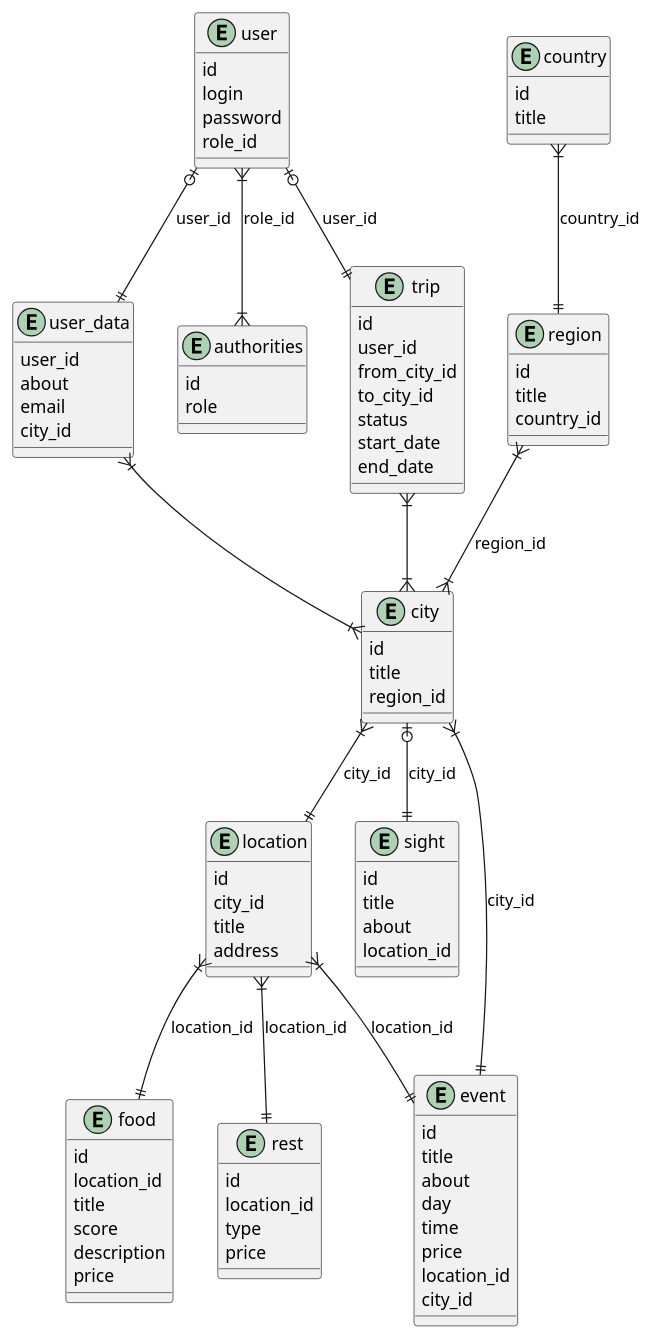
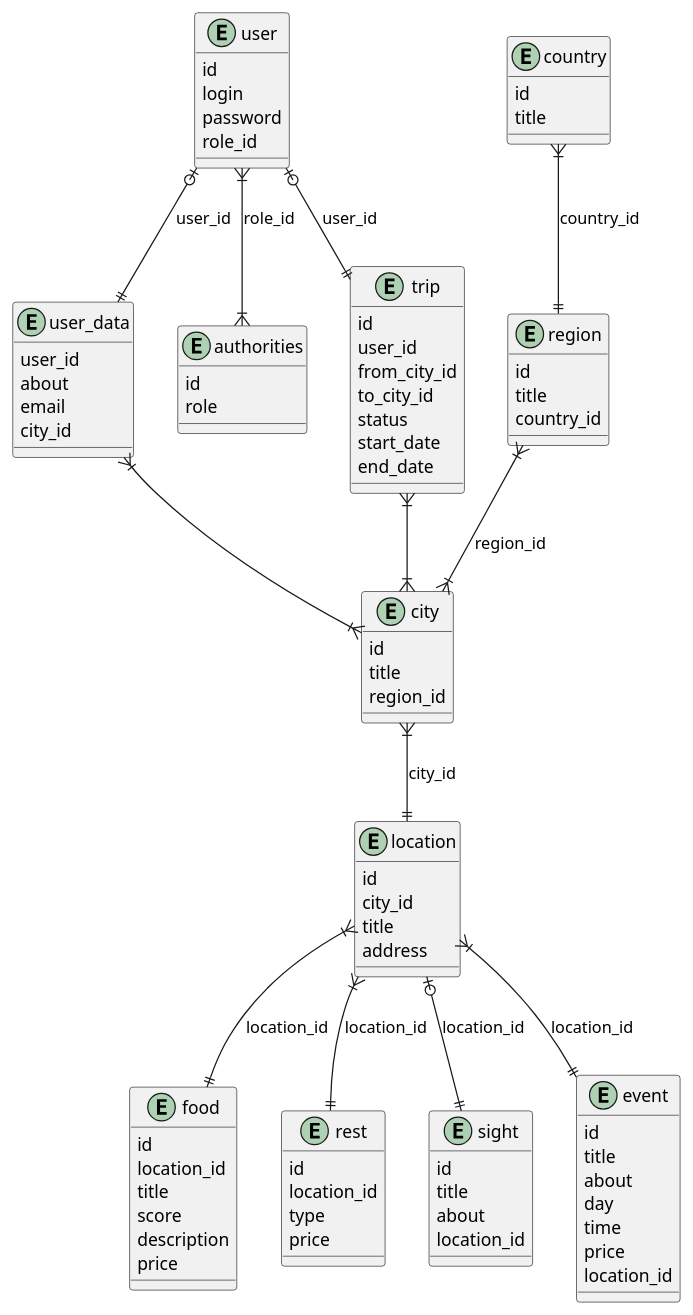
One commit to 00Olesya00/Trip_social-network changed the diagram in Database.puml. Above: the diagram before and after it, drawn with PlantUML. The commit also changed 28 other files, not shown here.

```diff
--- a/Database.puml
+++ b/Database.puml
@@ -1,105 +1,103 @@
 @startuml
 'https://plantuml.com/class-diagram
 
 entity user{
     id
     login
     password
     role_id
 }
 
 entity user_data{
     user_id
     about
     email
     city_id
 }
 
 entity authorities {
     id
     role
 }
 
 entity food {
     id
     location_id
     title
     score
     description
     price
 }
 
 entity country {
     id
     title
 }
 
 entity city {
     id
     title
     region_id
 }
 
 entity region {
     id
     title
     country_id
 }
 
 entity location {
     id
     city_id
     title
     address
 }
 
 entity rest {
     id
     location_id
     type
     price
 }
 
 entity sight {
     id
     title
     about
     location_id
 }
 
 entity event {
     id
     title
     about
     day
     time
     price
     location_id
-    city_id
 }
 
 entity trip {
     id
     user_id
     from_city_id
     to_city_id
     status
     start_date
     end_date
 }
 
 user |o--|| user_data : user_id
 user |o--|| trip : user_id
 country }|--|| region : country_id
 city }|--|| location : city_id
-city }|--|| event : city_id
 location }|--|| rest : location_id
 location }|--|| food : location_id
 location }|--|| event : location_id
-city |o--|| sight : city_id
+location |o--|| sight : location_id
 trip }|--|{ city
 user_data }|--|{ city
 region }|--|{ city : region_id
 user }|--|{ authorities : role_id
 
 @enduml
```
